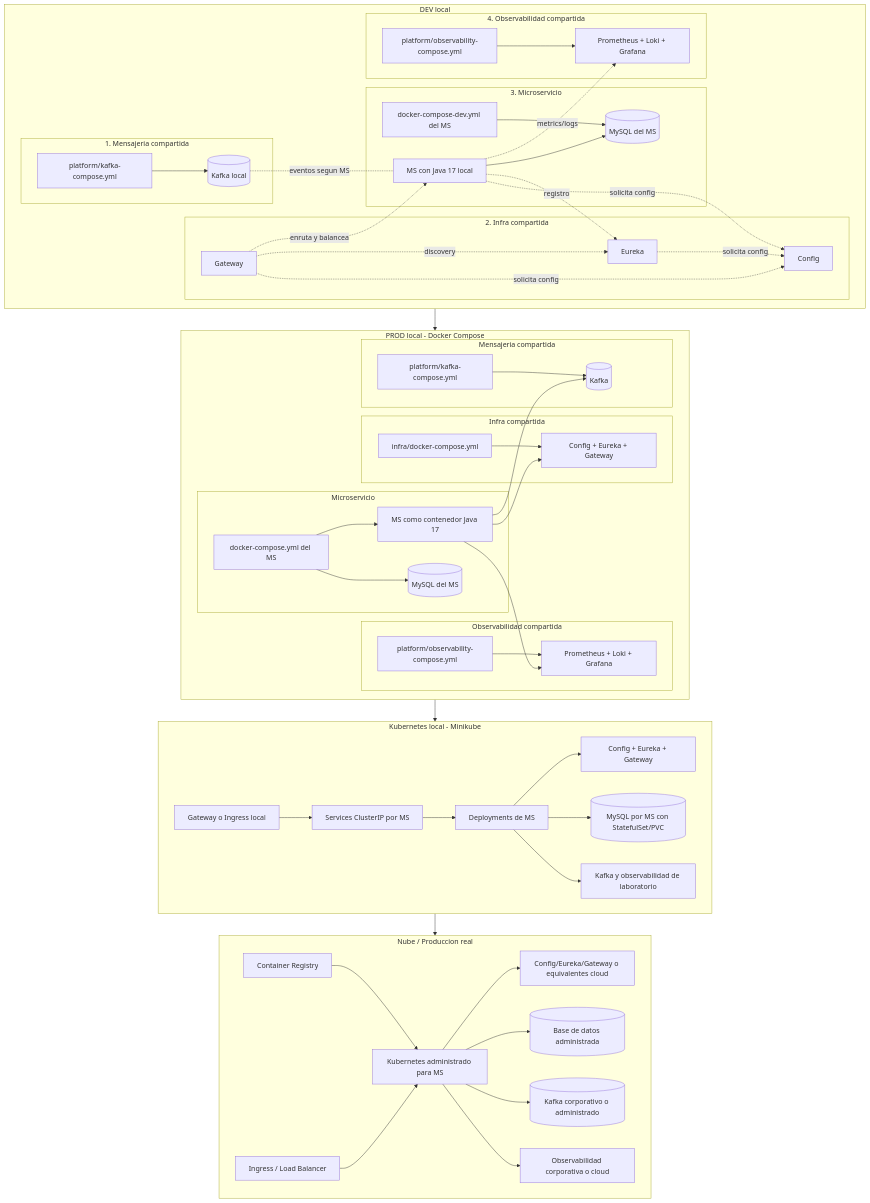
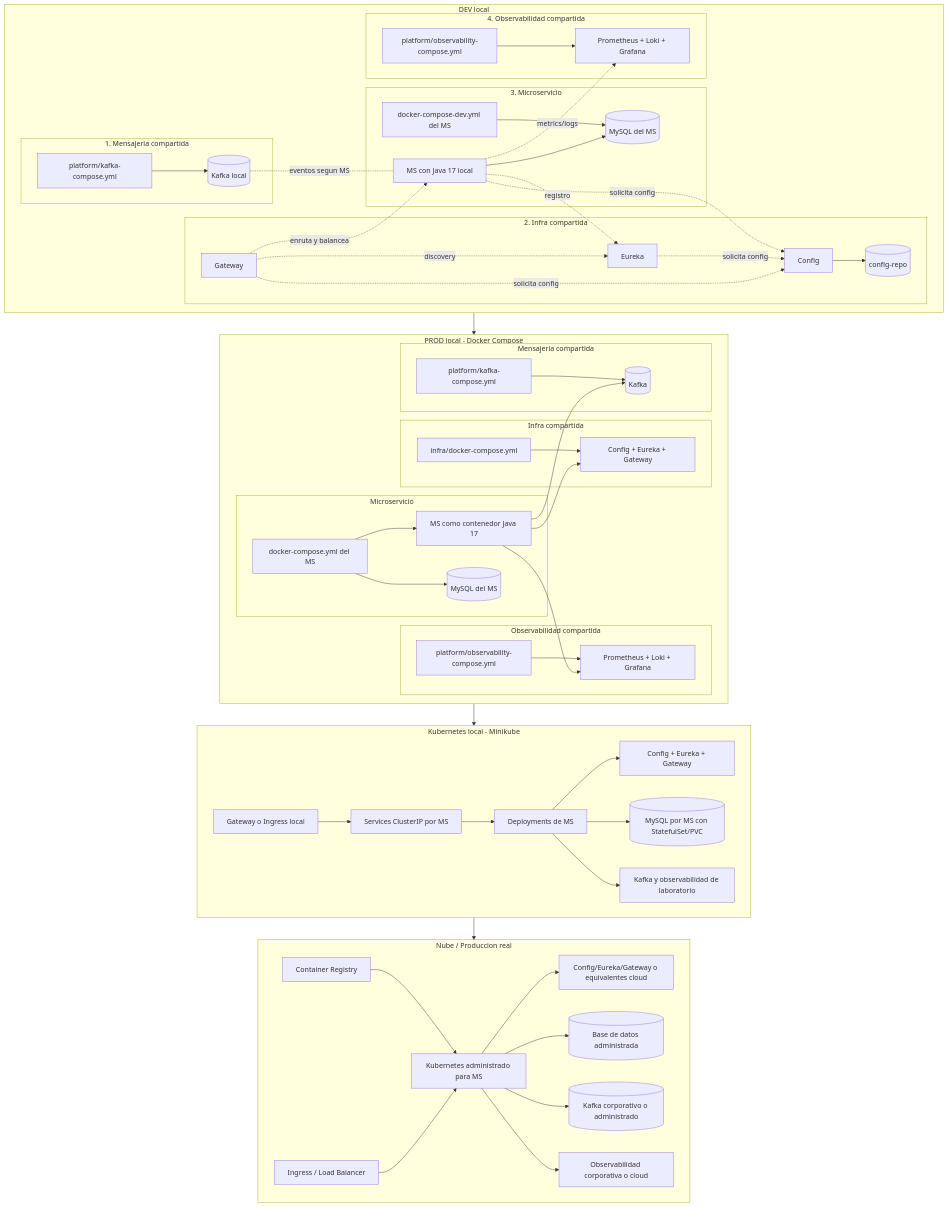
Before and after one commit to 262dist/pagatu: the tenth of 10 diagrams in README.md, drawn with Mermaid.

```diff
--- a/README.md
+++ b/README.md
@@ -565,8 +565,10 @@
 
         subgraph devInfraBox[2. Infra compartida]
             devconfig[Config]
+            devconfigrepo[(config-repo)]
             deveureka[Eureka]
             devgateway[Gateway]
+            devconfig --> devconfigrepo
             deveureka -. solicita config .-> devconfig
             devgateway -. solicita config .-> devconfig
             devgateway -. discovery .-> deveureka
```
